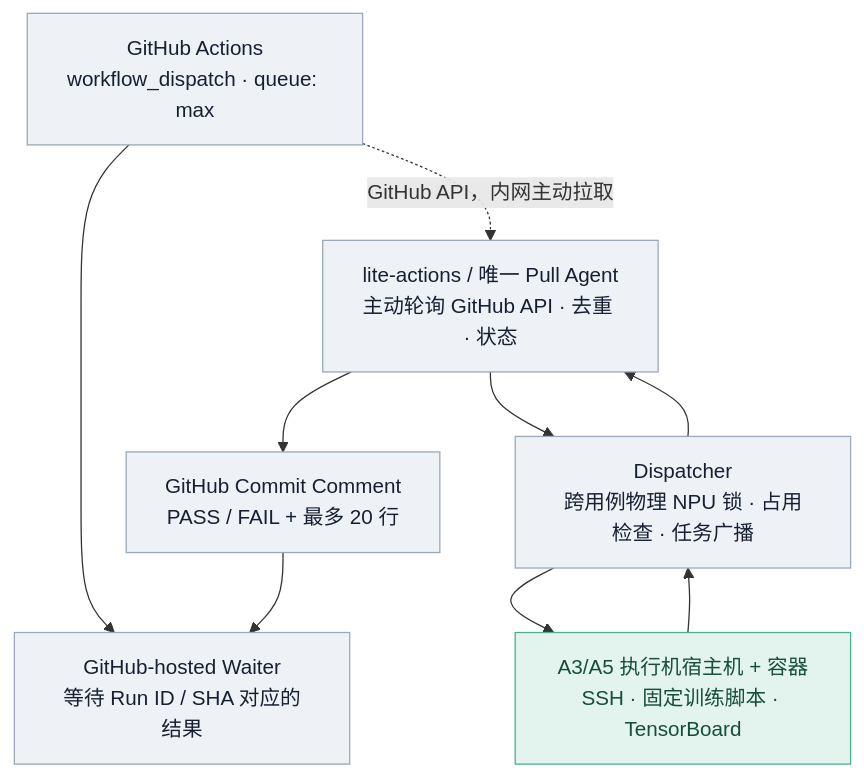
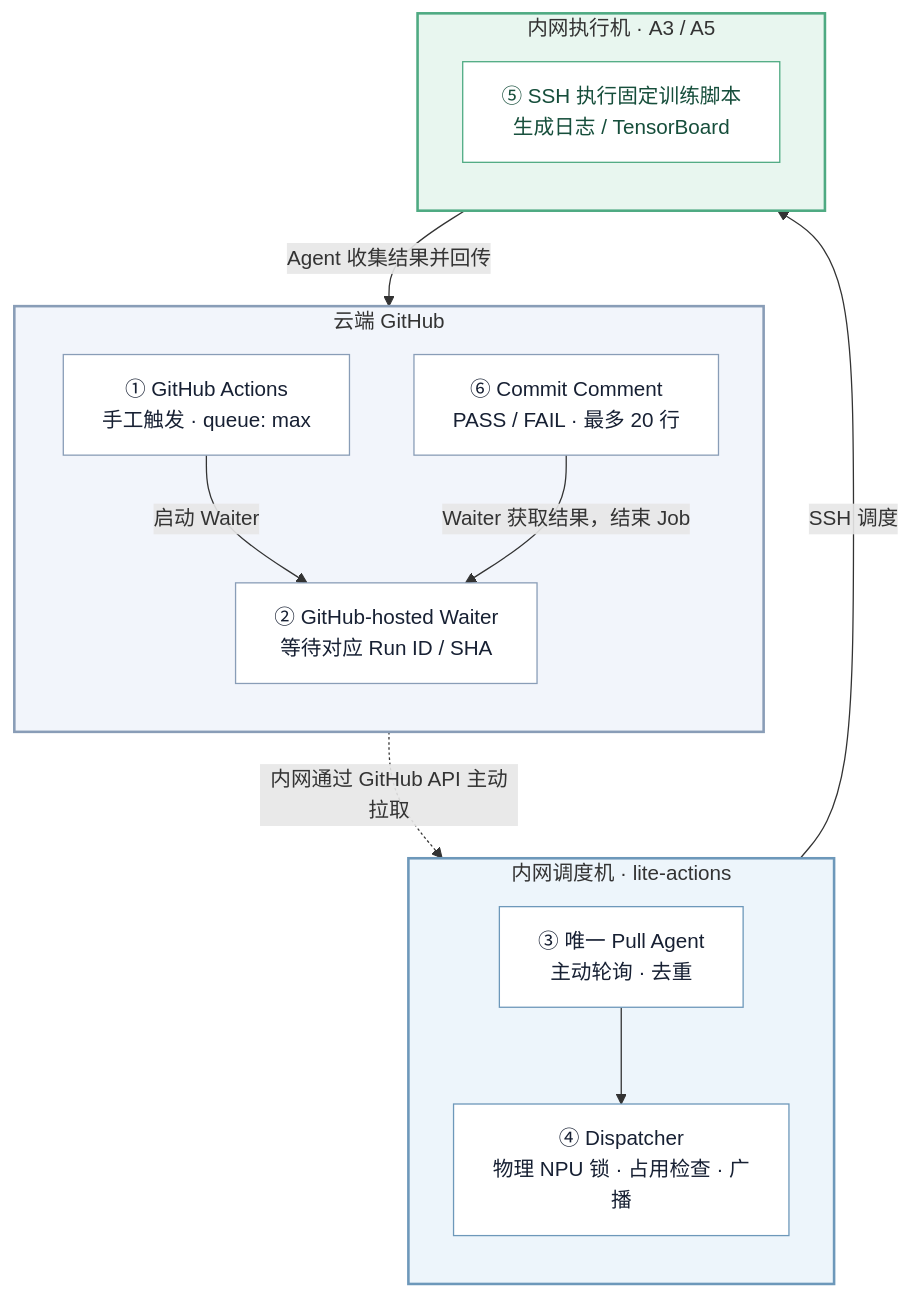
The second of 2 diagrams in README.md (depeng1994/lite-actions), drawn with Mermaid before and after one commit. The commit also changed other lines of this file, not shown here.

Commit message:
docs: number CI flow and distinguish GitHub, dispatcher and execution layers

````diff
--- a/README.md
+++ b/README.md
@@ -25,17 +25,37 @@
 ```mermaid
 flowchart TB
-    W["GitHub Actions<br/>workflow_dispatch · queue: max"]
-    H["GitHub-hosted Waiter<br/>等待 Run ID / SHA 对应的结果"]
-    A["lite-actions / 唯一 Pull Agent<br/>主动轮询 GitHub API · 去重 · 状态"]
-    D["Dispatcher<br/>跨用例物理 NPU 锁 · 占用检查 · 任务广播"]
-    X["A3/A5 执行机宿主机 + 容器<br/>SSH · 固定训练脚本 · TensorBoard"]
-    G["GitHub Commit Comment<br/>PASS / FAIL + 最多 20 行"]
-    W --> H
-    W -. "GitHub API，内网主动拉取" .-> A
-    A --> D --> X
-    X --> D --> A --> G --> H
-    classDef control fill:#eef2f7,stroke:#9aa8b8,color:#172033;
-    classDef worker fill:#e3f4ee,stroke:#4aaf90,color:#164e3b;
-    class W,H,A,D,G control;
-    class X worker;
+    subgraph GH["云端 GitHub"]
+        direction TB
+        W["① GitHub Actions<br/>手工触发 · queue: max"]
+        H["② GitHub-hosted Waiter<br/>等待对应 Run ID / SHA"]
+        C["⑥ Commit Comment<br/>PASS / FAIL · 最多 20 行"]
+    end
+
+    subgraph DIS["内网调度机 · lite-actions"]
+        direction TB
+        A["③ 唯一 Pull Agent<br/>主动轮询 · 去重"]
+        D["④ Dispatcher<br/>物理 NPU 锁 · 占用检查 · 广播"]
+    end
+
+    subgraph EX["内网执行机 · A3 / A5"]
+        direction TB
+        X["⑤ SSH 执行固定训练脚本<br/>生成日志 / TensorBoard"]
+    end
+
+    W -->|"启动 Waiter"| H
+    W -.->|"内网通过 GitHub API 主动拉取"| A
+    A --> D
+    D -->|"SSH 调度"| X
+    X -->|"Agent 收集结果并回传"| C
+    C -->|"Waiter 获取结果，结束 Job"| H
+
+    style GH fill:#f2f5fb,stroke:#899db7,stroke-width:2px
+    style DIS fill:#edf5fb,stroke:#6d98ba,stroke-width:2px
+    style EX fill:#e8f6ef,stroke:#4eaa82,stroke-width:2px
+    classDef cloud fill:#ffffff,stroke:#899db7,color:#172033
+    classDef dispatch fill:#ffffff,stroke:#6d98ba,color:#172033
+    classDef execution fill:#ffffff,stroke:#4eaa82,color:#164e3b
+    class W,H,C cloud
+    class A,D dispatch
+    class X execution
 ```
````
